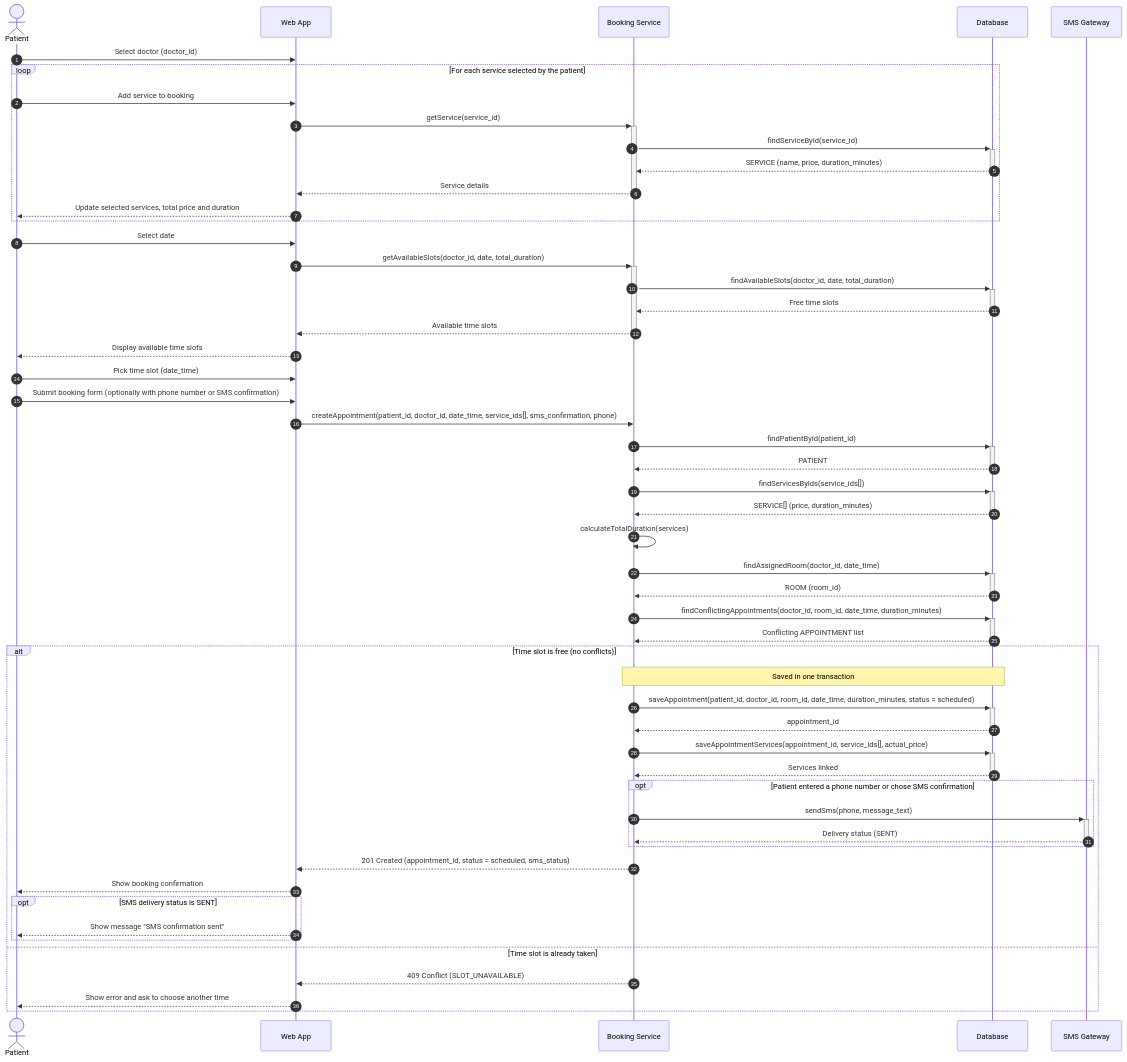
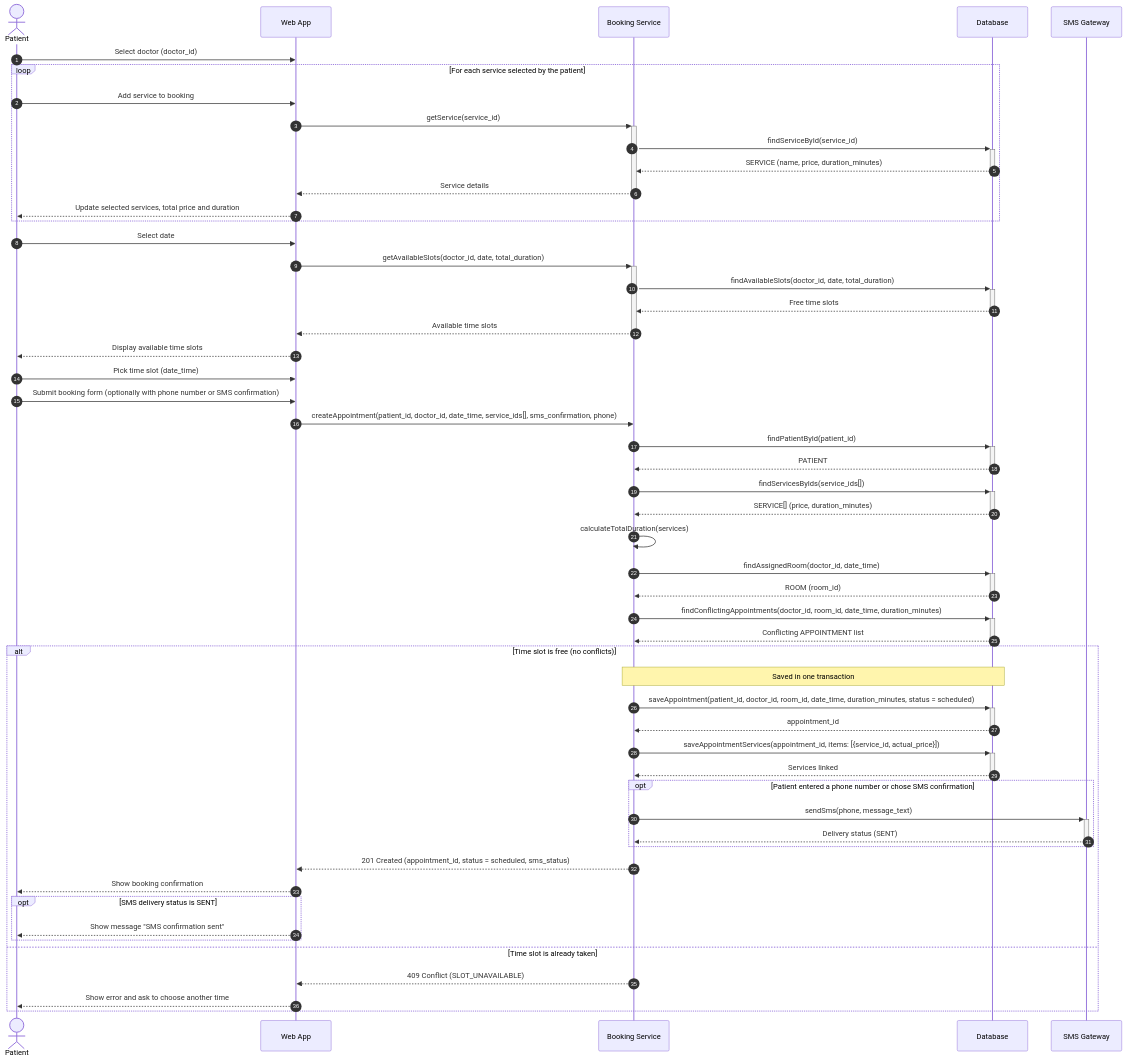
The diagram in sequence-diagram.mmd (dvsqwx/KPI), drawn with Mermaid before and after one commit.

Commit message:
fix actual_price for appointment services

```diff
--- a/sequence-diagram.mmd
+++ b/sequence-diagram.mmd
@@ -1,71 +1,71 @@
 %% Sequence diagram — запис пацієнта на прийом через онлайн-форму (UC1, REQ-01, REQ-02)
 %% Ланцюг: Patient -> Web App -> Booking Service -> Database
 %% Додатково: Booking Service -> SMS Gateway (опційне SMS-підтвердження, блок opt)
 %% Назви сутностей і атрибутів (PATIENT, DOCTOR, ROOM, SERVICE, APPOINTMENT, actual_price)
 %% збігаються з концептуальною моделлю з er-diagram.mmd.
 %% Return-повідомлення показані пунктирними стрілками (-->>).
 sequenceDiagram
     autonumber
     actor Patient
     participant WebApp as Web App
     participant Booking as Booking Service
     participant DB as Database
     participant SMSGateway as SMS Gateway
 
     Patient->>WebApp: Select doctor (doctor_id)
 
     loop For each service selected by the patient
         Patient->>WebApp: Add service to booking
         WebApp->>+Booking: getService(service_id)
         Booking->>+DB: findServiceById(service_id)
         DB-->>-Booking: SERVICE (name, price, duration_minutes)
         Booking-->>-WebApp: Service details
         WebApp-->>Patient: Update selected services, total price and duration
     end
 
     Patient->>WebApp: Select date
     WebApp->>+Booking: getAvailableSlots(doctor_id, date, total_duration)
     Booking->>+DB: findAvailableSlots(doctor_id, date, total_duration)
     DB-->>-Booking: Free time slots
     Booking-->>-WebApp: Available time slots
     WebApp-->>Patient: Display available time slots
     Patient->>WebApp: Pick time slot (date_time)
 
     Patient->>WebApp: Submit booking form (optionally with phone number or SMS confirmation)
     WebApp->>Booking: createAppointment(patient_id, doctor_id, date_time, service_ids[], sms_confirmation, phone)
 
     Booking->>+DB: findPatientById(patient_id)
     DB-->>-Booking: PATIENT
     Booking->>+DB: findServicesByIds(service_ids[])
     DB-->>-Booking: SERVICE[] (price, duration_minutes)
     Booking->>Booking: calculateTotalDuration(services)
 
     %% Автоматичне визначення кабінету лікаря на бекенді
     Booking->>+DB: findAssignedRoom(doctor_id, date_time)
     DB-->>-Booking: ROOM (room_id)
 
     Booking->>+DB: findConflictingAppointments(doctor_id, room_id, date_time, duration_minutes)
     DB-->>-Booking: Conflicting APPOINTMENT list
 
     alt Time slot is free (no conflicts)
         Note over Booking,DB: Saved in one transaction
         Booking->>+DB: saveAppointment(patient_id, doctor_id, room_id, date_time, duration_minutes, status = scheduled)
         DB-->>-Booking: appointment_id
-        Booking->>+DB: saveAppointmentServices(appointment_id, service_ids[], actual_price)
+        Booking->>+DB: saveAppointmentServices(appointment_id, items: [{service_id, actual_price}])
         DB-->>-Booking: Services linked
 
         opt Patient entered a phone number or chose SMS confirmation
             Booking->>+SMSGateway: sendSms(phone, message_text)
             SMSGateway-->>-Booking: Delivery status (SENT)
         end
 
         Booking-->>WebApp: 201 Created (appointment_id, status = scheduled, sms_status)
         WebApp-->>Patient: Show booking confirmation
 
         opt SMS delivery status is SENT
             WebApp-->>Patient: Show message "SMS confirmation sent"
         end
     else Time slot is already taken
         Booking-->>WebApp: 409 Conflict (SLOT_UNAVAILABLE)
         WebApp-->>Patient: Show error and ask to choose another time
     end
```
